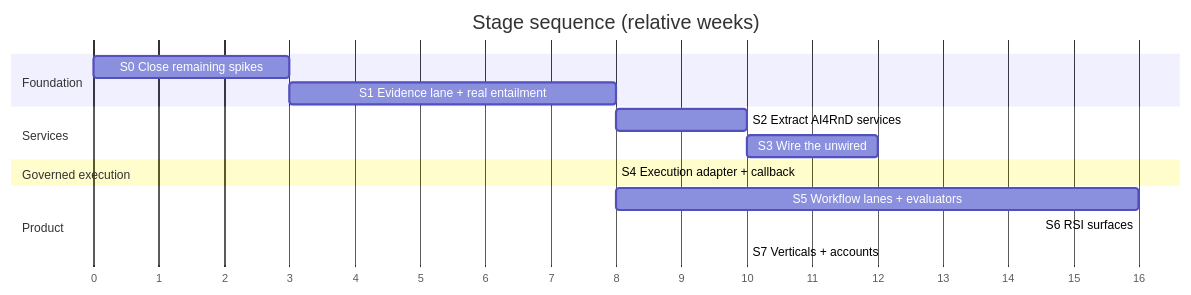
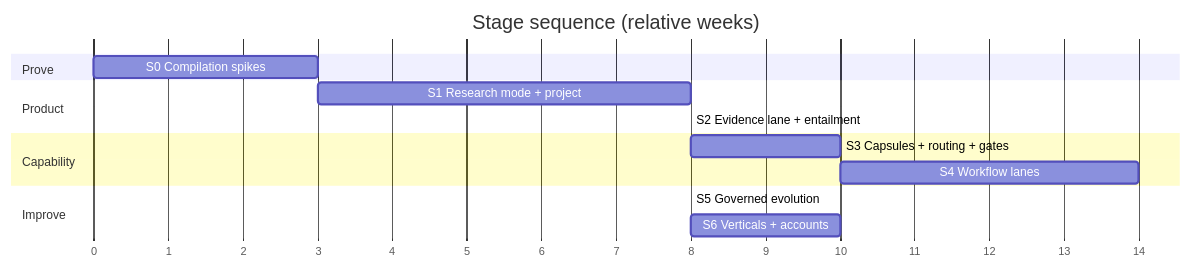
The diagram in docs/analysis/ai4rnd-jiuwenswarm/09-implementation-plan.md (suraj-subrahmanyan/jiuwenswarm), drawn with Mermaid before and after one commit. The commit also changed other lines of this file and 14 other files, not shown here.

First line of the commit message:
docs(analysis): reopen architecture decision after openjiuwen mechanism inventory

````diff
--- a/docs/analysis/ai4rnd-jiuwenswarm/09-implementation-plan.md
+++ b/docs/analysis/ai4rnd-jiuwenswarm/09-implementation-plan.md
@@ -10,18 +8,17 @@
 ```mermaid
 gantt
     dateFormat X
     axisFormat %s
     title Stage sequence (relative weeks)
-    section Foundation
-    S0 Close remaining spikes        :s0, 0, 3
-    S1 Evidence lane + real entailment :s1, after s0, 8
-    section Services
-    S2 Extract AI4RnD services       :s2, after s1, 10
-    S3 Wire the unwired              :s3, after s2, 12
-    section Governed execution
-    S4 Execution adapter + callback  :s4, after s3, 8
+    section Prove
+    S0 Compilation spikes            :s0, 0, 3
     section Product
-    S5 Workflow lanes + evaluators   :s5, after s4, 16
-    S6 RSI surfaces                  :s6, after s5, 16
-    S7 Verticals + accounts          :s7, after s6, 10
+    S1 Research mode + project       :s1, after s0, 8
+    S2 Evidence lane + entailment    :s2, after s1, 8
+    section Capability
+    S3 Capsules + routing + gates    :s3, after s2, 10
+    S4 Workflow lanes                :s4, after s3, 14
+    section Improve
+    S5 Governed evolution            :s5, after s4, 8
+    S6 Verticals + accounts          :s6, after s5, 10
 ```
````
